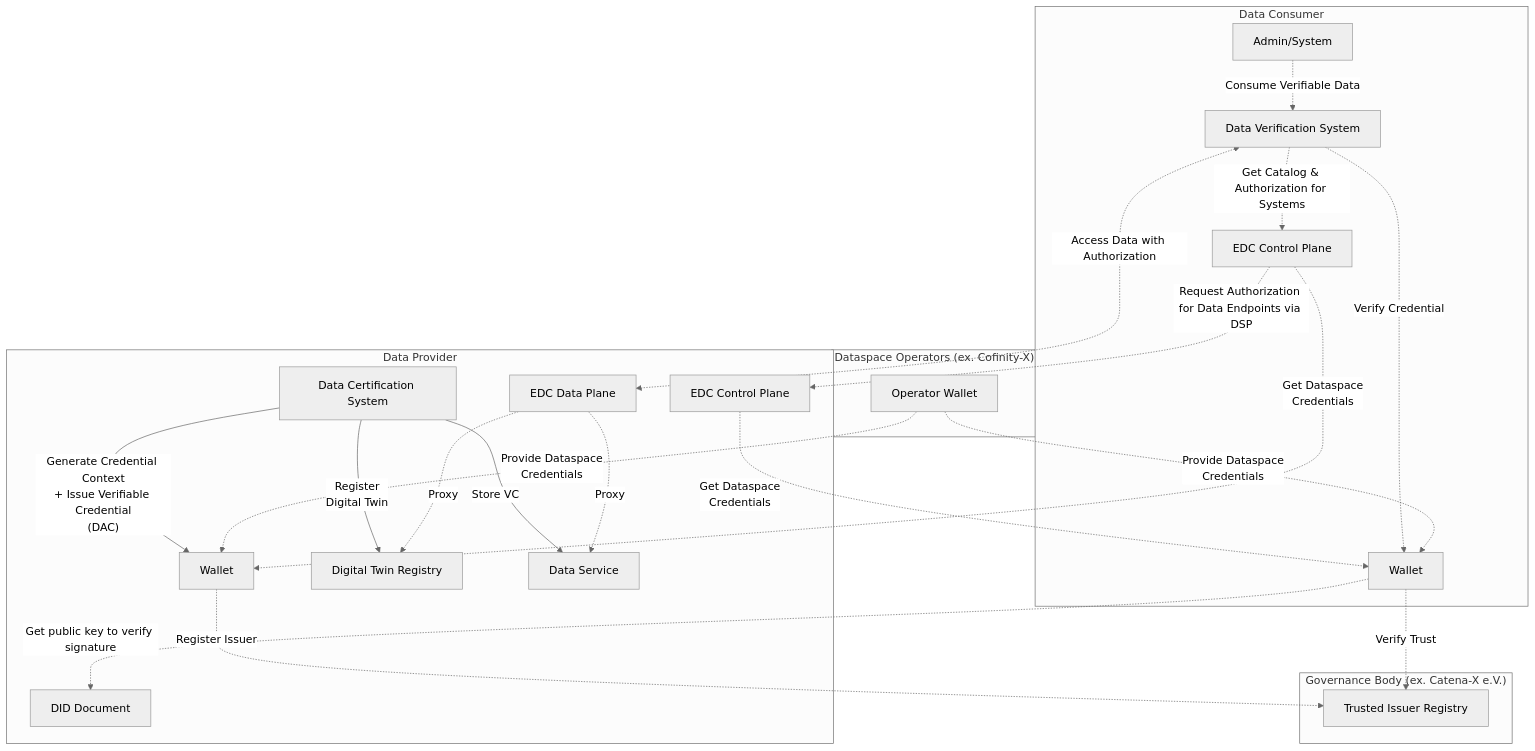
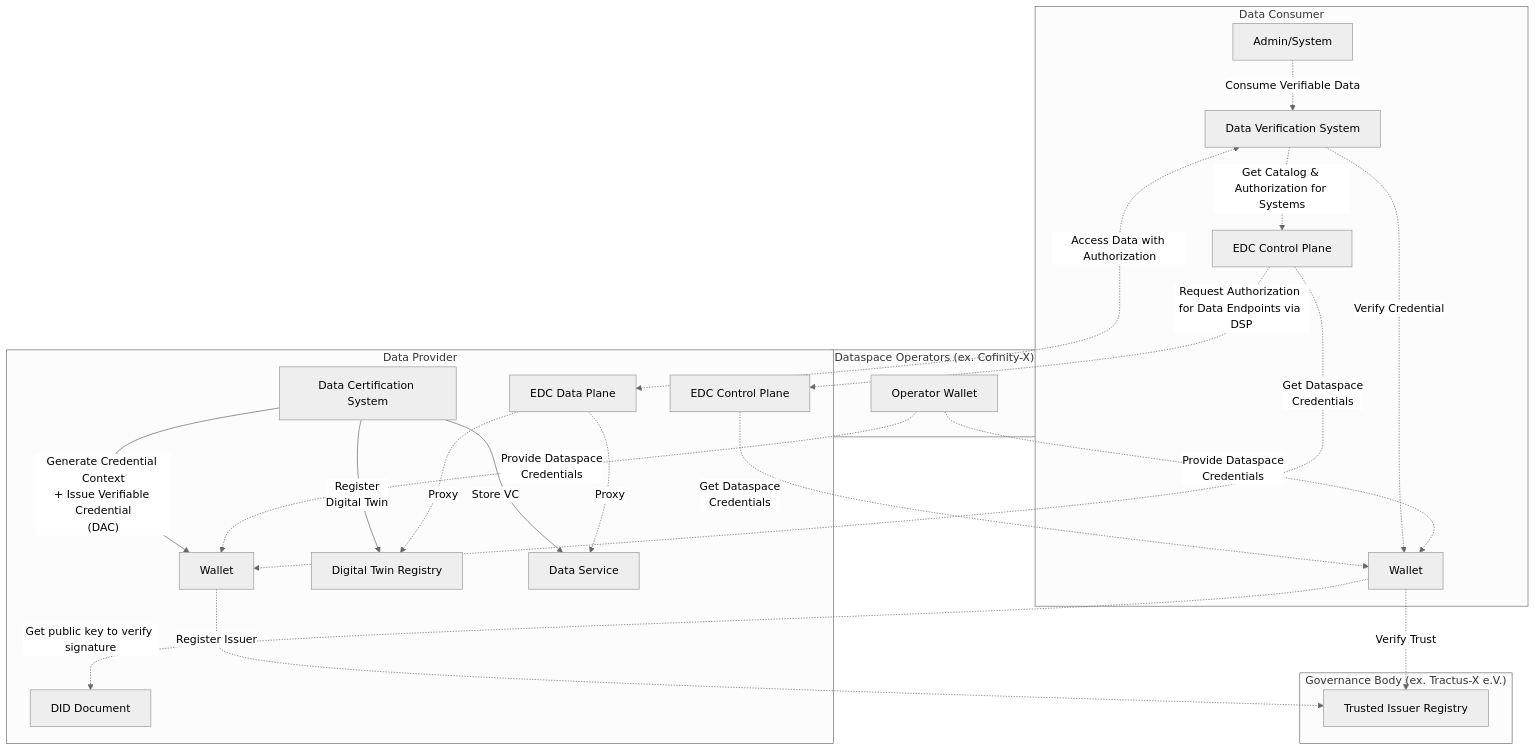
One commit to eclipse-tractusx/eclipse-tractusx.github.io changed the diagram in docs-kits/kits/data-trust-and-security-kit/software-development-view/overview.md. Above: the diagram before and after it, drawn with Mermaid (neutral theme). The commit also changed other lines of this file and 8 other files, not shown here.

````diff
--- a/docs-kits/kits/data-trust-and-security-kit/software-development-view/overview.md
+++ b/docs-kits/kits/data-trust-and-security-kit/software-development-view/overview.md
@@ -33,55 +33,55 @@
 ```mermaid
 graph TB
     %% Data Consumer Side
     subgraph DC["Data Consumer"]
         Admin1["Admin/System"] 
         DVC["Data Verification System"]
         EDC1["EDC Control Plane"]
         Wallet1["Wallet"]
     end
     
     %% Data Provider Side  
     subgraph DP["Data Provider"]
         Admin2["Data Certification System"]
         EDC2["EDC Control Plane"]
         EDCDP2["EDC Data Plane"]
         Wallet2["Wallet"]
         DTR["Digital Twin Registry"]
         DS["Data Service"]
         DID["DID Document"]
     end
 
     subgraph COF["Dataspace Operators (ex. Cofinity-X)"]
         OpWallet["Operator Wallet"]
     end
 
-    subgraph CX["Governance Body (ex. Catena-X e.V.)"]
+    subgraph CX["Governance Body (ex. Tractus-X e.V.)"]
         TIR["Trusted Issuer Registry"]
     end
 
     %% Data Consumer Flows
     Admin1 -.->|"Consume Verifiable Data"| DVC
     DVC -.->|"Verify Credential"| Wallet1
     DVC -.->|"Get Catalog & Authorization for Systems"| EDC1
     EDC1 -.->|"Get Dataspace<br/>Credentials"| Wallet2
     
     %% Data Provider Flows
     Admin2 -->|"Register<br/>Digital Twin"| DTR
     Admin2 -->|"Store VC"| DS
     Admin2 -->|"Generate Credential Context<br/>+ Issue Verifiable Credential<br/>(DAC)"| Wallet2
     EDCDP2 -.->|"Proxy"| DTR
     EDCDP2 -.->|"Proxy"| DS
     EDC2 -.->|"Get Dataspace<br/>Credentials"| Wallet1
     
     %% Cross-Provider Communication
     EDC1 -.->|"Request Authorization for Data Endpoints via DSP"| EDC2
     DVC <-.->|"Access Data with Authorization"| EDCDP2
 
 
     %% Wallet and Registry Connections
     Wallet1 -.->|"Verify Trust"| TIR
     Wallet2 -.->|"Register Issuer"| TIR
     OpWallet -.->|"Provide Dataspace<br/>Credentials"| Wallet1
     OpWallet -.->|"Provide Dataspace<br/>Credentials"| Wallet2
     Wallet1 -.->|"Get public key to verify signature"| DID
 ```
````
